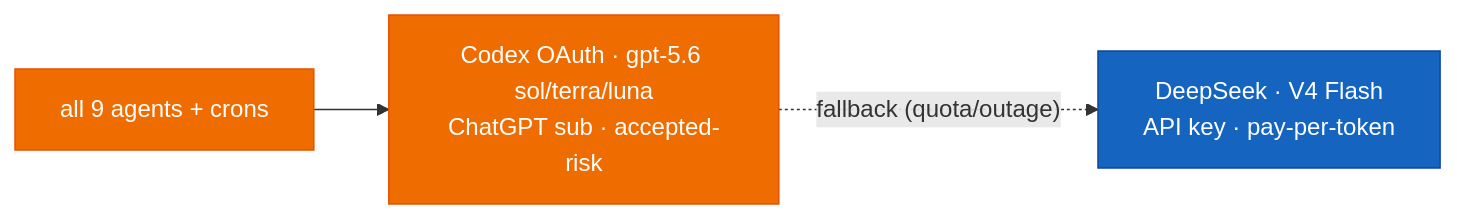
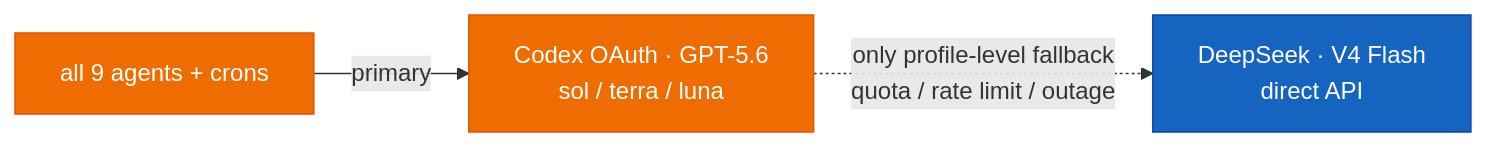
Before and after one commit to mpolatcan/hermes-setup: the diagram in docs/04-models.md, drawn with Mermaid. The commit also changed other lines of this file and 14 other files, not shown here.

````diff
--- a/docs/04-models.md
+++ b/docs/04-models.md
@@ -11,8 +11,8 @@
 ```mermaid
 flowchart LR
-    all9["all 9 agents + crons"]:::codex --> codex56["Codex OAuth · gpt-5.6 sol/terra/luna<br/>ChatGPT sub · accepted-risk"]:::codex
-    codex56 -. "fallback (quota/outage)" .-> ds2["DeepSeek · V4 Flash<br/>API key · pay-per-token"]:::ds
+    all9["all 9 agents + crons"]:::codex -->|primary| codex56["Codex OAuth · GPT-5.6<br/>sol / terra / luna"]:::codex
+    codex56 -. "only profile-level fallback<br/>quota / rate limit / outage" .-> ds2["DeepSeek · V4 Flash<br/>direct API"]:::ds
 
     classDef codex fill:#EF6C00,stroke:#E65100,color:#fff
     classDef ds fill:#1565C0,stroke:#0D47A1,color:#fff
 ```
````
